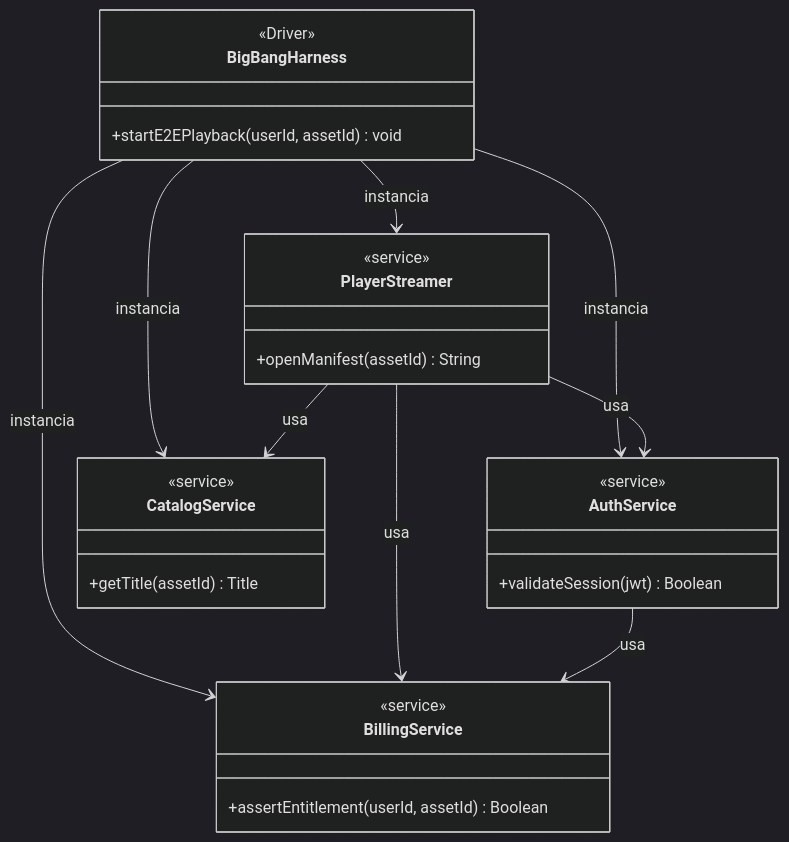
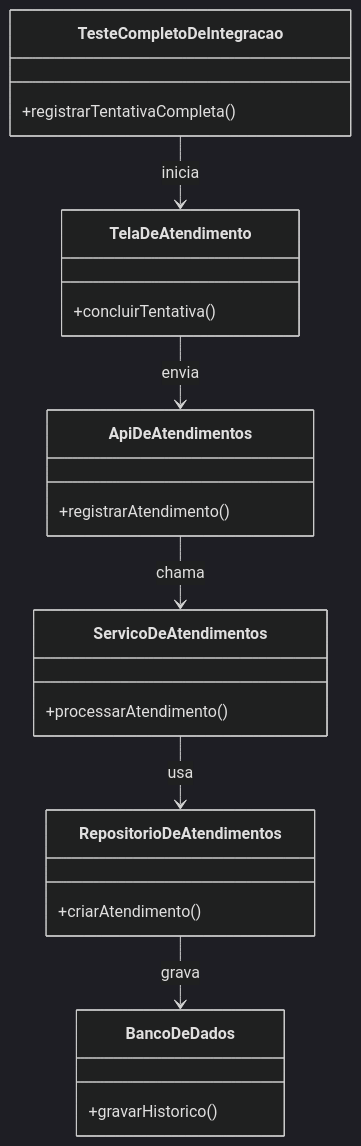
The third of 14 diagrams in README.md (DiogoBAguiar/atividade-testes-software), drawn with Mermaid (dark theme) before and after one commit. The commit also changed other lines of this file and 37 other files, not shown here.

````diff
--- a/README.md
+++ b/README.md
@@ -143,36 +111,27 @@
 ```mermaid
 classDiagram
-    class BigBangHarness {
-        <<Driver>>
-        +startE2EPlayback(userId, assetId) void
+    class TesteCompletoDeIntegracao {
+        +registrarTentativaCompleta()
+    }
+    class TelaDeAtendimento {
+        +concluirTentativa()
+    }
+    class ApiDeAtendimentos {
+        +registrarAtendimento()
+    }
+    class ServicoDeAtendimentos {
+        +processarAtendimento()
+    }
+    class RepositorioDeAtendimentos {
+        +criarAtendimento()
+    }
+    class BancoDeDados {
+        +gravarHistorico()
     }
 
-    class AuthService {
-        <<service>>
-        +validateSession(jwt) Boolean
-    }
-
-    class CatalogService {
-        <<service>>
-        +getTitle(assetId) Title
-    }
-
-    class PlayerStreamer {
-        <<service>>
-        +openManifest(assetId) String
-    }
-
-    class BillingService {
-        <<service>>
-        +assertEntitlement(userId, assetId) Boolean
-    }
-
-    BigBangHarness --> AuthService : instancia
-    BigBangHarness --> CatalogService : instancia
-    BigBangHarness --> PlayerStreamer : instancia
-    BigBangHarness --> BillingService : instancia
-    PlayerStreamer --> AuthService : usa
-    PlayerStreamer --> CatalogService : usa
-    PlayerStreamer --> BillingService : usa
-    AuthService --> BillingService : usa
+    TesteCompletoDeIntegracao --> TelaDeAtendimento : inicia
+    TelaDeAtendimento --> ApiDeAtendimentos : envia
+    ApiDeAtendimentos --> ServicoDeAtendimentos : chama
+    ServicoDeAtendimentos --> RepositorioDeAtendimentos : usa
+    RepositorioDeAtendimentos --> BancoDeDados : grava
 ```
````
